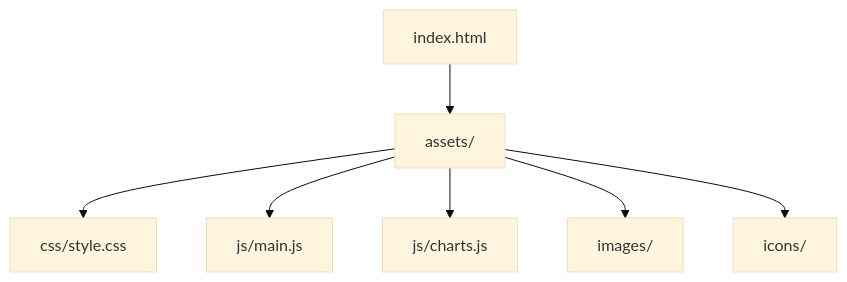
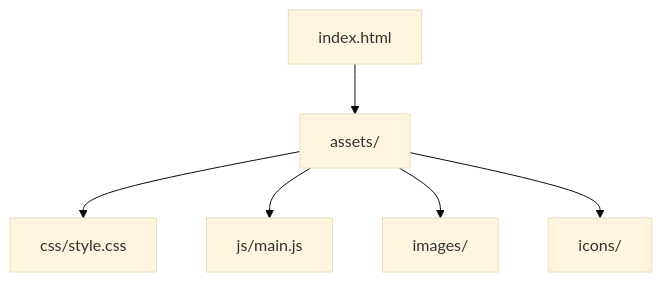
The third of 3 diagrams in krapow/Readme.md (panuwsan/panuwsan.github.io), drawn with Mermaid (base theme) before and after one commit. The commit also changed other lines of this file, not shown here.

````diff
--- a/krapow/Readme.md
+++ b/krapow/Readme.md
@@ -338,9 +337,8 @@
 ```mermaid
 graph TD
     A[index.html] --> B[assets/]
     B --> C[css/style.css]
     B --> D[js/main.js]
-    B --> E[js/charts.js]
     B --> F[images/]
     B --> G[icons/]
 ```
````
